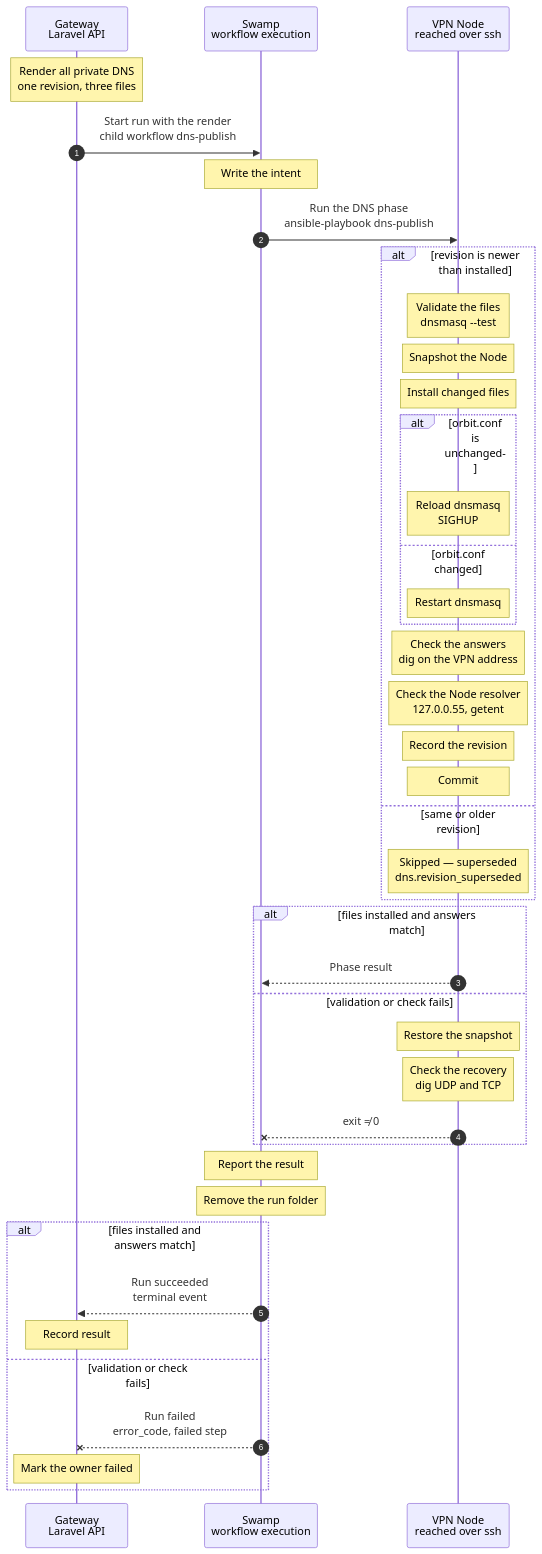
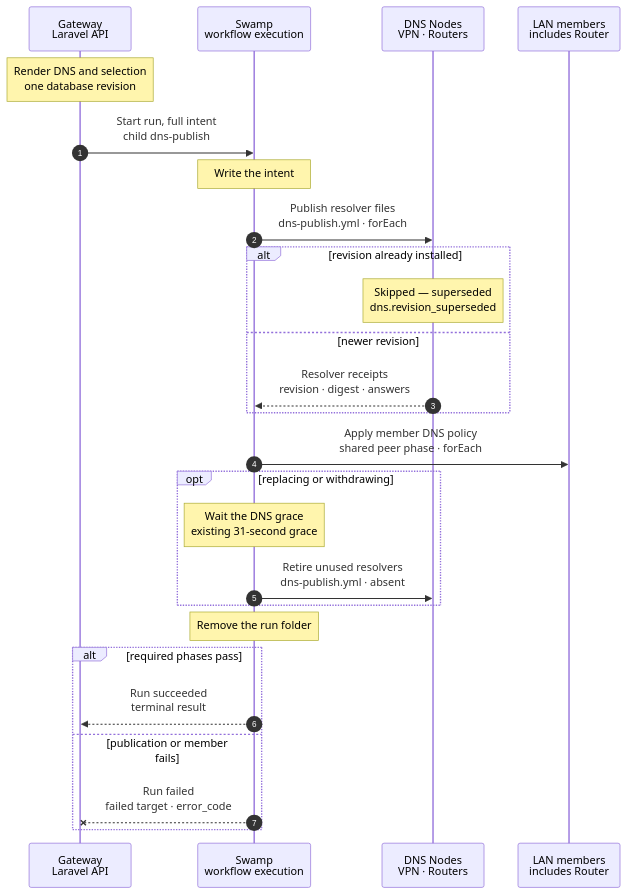
The diagram in docs/cli/dns/publish.mmd (hardimpactdev/orbit), drawn with Mermaid before and after one commit. The commit also changed 13 other files, not shown here.

Commit message:
docs(dns): design Cluster router resolvers before VPN cutover

```diff
--- a/docs/cli/dns/publish.mmd
+++ b/docs/cli/dns/publish.mmd
@@ -1,138 +1,85 @@
 sequenceDiagram
-  %% Target design (ADR 0248, option A chosen 2026-11-07): every publication renders the complete private DNS from the Gateway database, and one Ansible phase writes one dnsmasq configuration on the vpn Node. Shared by Route, Node, Cluster and role kinds.
-  %% status: reviewed
-  %% command: none · shared step of Route, Node, Cluster and role kinds
+  %% Target design: ADR 0248, Cluster router resolver amendment. Shared publication; member scope and outage policy await review.
+  %% Tightened: flow-tighten rules 18, 22, 27, 28: one phase per target, parallel targets, shared peer policy, retain old paths until members confirm.
+  %% status: draft
+  %% command: none · shared DNS publication
   %% kind: dns.publish
   autonumber
   %% lane GW icon=gateway pill=intent tone=blue
   %% lane SW icon=workflow pill=executes tone=green
   %% lane N icon=server pill=target tone=amber
+  %% lane M icon=server pill=target tone=purple
   participant GW as Gateway<br/>Laravel API
   participant SW as Swamp<br/>workflow execution
-  participant N as VPN Node<br/>reached over ssh
-  Note over GW: Render all private DNS<br/>one revision, three files
+  participant N as DNS Nodes<br/>VPN · Routers
+  participant M as LAN members<br/>includes Router
+  Note over GW: Render DNS and selection<br/>one database revision
   %%> What it does:
-  %%> - reads every Route, Node, Cluster and role holder from the database
-  %%> - renders the complete state, never a piece of it
-  %%> - takes the revision in the same transaction that reads the rows
-  %%> Result:
-  %%> - `orbit.conf`, `orbit.hosts` and `orbit.servers` as text, and the revision
-  %%> Why:
-  %%> - each publication is a whole state, so two parallel publications cannot lose each other's change
-  %%> - every caller gets the same answer; ADR 0248 lists the A answers that this changes for beast, sabre, shark and app-prod
-  GW->>SW: Start run with the render<br/>child workflow dns-publish
-  %%> What it does:
-  %%> - the owning kind (Route, Node, Cluster or role change) starts this step in its own run
+  %%> - reads stored desired and pending Route, Cluster, Router and membership rows in the revision transaction
+  %%> - builds the complete VPN answer set, one LAN overlay per active Cluster Router, and each member's split policy from the same address-selection rule
+  %%> - includes explicit retirement targets from unfinished transitions; a missing row alone never authorizes deletion
+  GW->>SW: Start run, full intent<br/>child dns-publish
   %%> Inputs:
-  %%> - the render (TLDs, records, listen address) and the revision
-  %%> - the address and SSH host keys of the VPN Node
+  %%> - revision, target renders, member policies, expected answers and pinned SSH connections; no step fetches intent from the Gateway
+  %%> - the owning command retains its lifecycle lock and receives this child's terminal result
   Note over SW: Write the intent
   %%> What it does:
-  %%> - writes the render and the connection of the Node to a 0600 file in the run folder, and ships the playbook
-  SW->>N: Run the DNS phase<br/>ansible-playbook dns-publish
+  %%> - writes private run files and ships the existing Ansible assets once
+  SW->>N: Publish resolver files<br/>dns-publish.yml · forEach
   %%> How:
-  %%> - one Ansible phase reads, changes and checks the Node in one run
-  %%> - a Swamp worker reaches the Node over SSH
-  %%> - the phase holds the Node's dnsmasq lock from the first read to the end of any recovery
-  %%> - the lock holder outlives the step timeout plus the cutover, so a killed phase never lets a second one in early; a dead holder expires, it does not release
-  %%> - a cutover script that an earlier phase left running is waited for before the Node is read
-  alt revision is newer than installed
-    %% path: newer-revision
-    Note over N: Validate the files<br/>dnsmasq --test
-    %%> What it does:
-    %%> - checks the new files in a temporary folder before anything is replaced
-    %%> On failure:
-    %%> - nothing is installed and the phase fails with `dns.config_invalid`
-    Note over N: Snapshot the Node
-    %%> What it does:
-    %%> - before the first change, saves the files, the unit states and who holds the listen addresses under `snapshot/`
-    %%> - a snapshot that exists is reused, never overwritten, until a publication commits
-    %%> - writes `reload.pending`: a reload is owed until the commit
-    Note over N: Install changed files
-    %%> What it does:
-    %%> - replaces only the files whose content changed, each in one rename
-    alt orbit.conf is unchanged
-      %% path: reload
-      Note over N: Reload dnsmasq<br/>SIGHUP
-      %%> Why:
-      %%> - dnsmasq reads the hosts and servers files again on SIGHUP, so an exact Route change drops no query
-      %%> - unchanged means equal to the copy dnsmasq last started with
-    else orbit.conf changed
-      %% path: restart
-      Note over N: Restart dnsmasq
-      %%> When:
-      %%> - a TLD is added, changed or removed; dnsmasq reads `orbit.conf` only at start
-      %%> - also when an earlier restart failed, or dnsmasq is down: the copy it started with is deleted before and written after
-      %%> - the old listener stops and dnsmasq restarts in one script, detached on the Node, so the address is without an owner for one restart only
-      %%> - the script checks that dnsmasq holds every listen address; if not it restores the snapshot itself, so a dead controller cannot leave both listeners down
-    end
-    Note over N: Check the answers<br/>dig on the VPN address
-    %%> What it does:
-    %%> - asks the running dnsmasq for the reserved names and one name per TLD
-    %%> - for each exact Route: the A answer, AAAA gives NODATA, and a child name is forwarded
-    %%> - fails the phase when an answer differs from the render
-    Note over N: Check the Node resolver<br/>127.0.0.55, getent
-    %%> What it does:
-    %%> - asks the Node's own address 127.0.0.55, where its systemd-resolved sends every name
-    %%> - asks the Node's normal resolver for a private name and the AAAA of an exact name (NODATA); a public name only warns
-    Note over N: Record the revision
-    %%> What it does:
-    %%> - writes `orbit.revision` last, so a failed run leaves the old revision and a rerun repairs it
-    Note over N: Commit
-    %%> What it does:
-    %%> - the new files become the last good set and the files of the old listener go to `previous/legacy/`
-    %%> - removes `reload.pending`, then the snapshot; a commit that was interrupted is finished by the next publication
-  else same or older revision
+  %%> - independent VPN and Router targets run in parallel; each target takes its DNS lock and validates, snapshots, installs and checks in one phase
+  %%> - the Router's isolated unit binds its LAN address only and forwards unmatched names directly to VPN DNS; VPN DNS never forwards back
+  %%> - reuse the templates, revision check, reload-on-change and local recovery; only unit, paths, bind set and upstream policy differ
+  %%> Result:
+  %%> - answers checked over UDP and TCP; A, AAAA NODATA, exact-name descendants and nested TLD exceptions match the target render
+  alt revision already installed
     %% path: superseded
     Note over N: Skipped — superseded<br/>dns.revision_superseded
     %%> Result:
-    %%> - a newer publication already wrote a state that includes this change
-    %%> - the files stay as they are and the phase still succeeds
+    %%> - no write or reload; receipt names the actual revision and projection digest
+    %%> - only matching effective projections authorize dependent member selection or retirement; an obsolete run cannot remove a newer resolver
+  else newer revision
+    %% path: newer-revision
+    N-->>SW: Resolver receipts<br/>revision · digest · answers
+    %%> Result:
+    %%> - records the revision last, after checks; record-only changes use SIGHUP and unchanged content leaves the PID alone
+    %%> - a changed startup configuration restarts only that resolver; the snapshot remains until the phase commits
   end
-  alt files installed and answers match
+  SW->>M: Apply member DNS policy<br/>shared peer phase · forEach
+  %%> When:
+  %%> - only changed member policies, after their required resolver projections pass; the lifecycle caller waits for every affected member
+  %%> What it does:
+  %%> - persists and applies one complete selection on both private scopes; never leaves an equal Cluster suffix on LAN and WireGuard
+  %%> - checks uncached Cluster A and AAAA, another private name, public resolution and the actual selected scope in the same phase
+  %%> Open:
+  %%> - a LAN link that also supplies public DNS cannot isolate its servers per domain; the ADR asks for the scope decision before implementation
+  opt replacing or withdrawing
+    %% path: retire
+    Note over SW: Wait the DNS grace<br/>existing 31-second grace
+    %%> Why:
+    %%> - every affected member has confirmed its new policy before cached answers to the old address can expire
+    %%> - if any member fails or is offline, no retirement runs and the old resolver, sites and LAN rules remain
+    SW->>N: Retire unused resolvers<br/>dns-publish.yml · absent
+    %%> What it does:
+    %%> - removes only the explicitly retired unit and files; never touches stock dnsmasq, Incus or another Cluster
+    %%> - the owning command can then retire the old Router sites and prune its LAN rules
+  end
+  Note over SW: Remove the run folder
+  %%> How:
+  %%> - native completed dependencies remove disposable intent and assets after work stops, including on failure
+  %%> - public receipts come from the phases; no separate reporting or assertion script
+  alt required phases pass
     %% path: succeeded
-    N-->>SW: Phase result
-    %%> Returns:
-    %%> - the installed revision and whether dnsmasq reloaded, restarted or stayed
-  else validation or check fails
+    SW-->>GW: Run succeeded<br/>terminal result
+    %%> Result:
+    %%> - the shared reader projects each applied revision and digest; the owner may finish its transition
+  else publication or member fails
     %% path: failed
-    Note over N: Restore the snapshot
-    %%> What it does:
-    %%> - runs only when the Node was changed; puts every saved file and unit state back, from the first snapshot of the unfinished work
-    %%> - restarts dnsmasq on the restored files and starts the old listener again
-    %%> - one script, `snapshot/restore.sh`, does it; the detached cutover runs it too when dnsmasq does not come up
-    %%> - a `dns.config_invalid` refusal installed nothing, so there is nothing to restore
-    Note over N: Check the recovery<br/>dig UDP and TCP
-    %%> What it does:
-    %%> - asks the restored resolvers on the first listen address (the VPN address) and on 127.0.0.55, over UDP and TCP; further listen addresses were not served by the old setup
-    %%> - the result says `recovered: true`; when a task or an answer fails it says `recovered: false` and `dns.rollback_failed`
-    N--xSW: exit ≠ 0
-    %%> When:
-    %%> - dnsmasq refuses the files (`dns.config_invalid`), SSH fails, or an answer differs from the render (`dns.check_failed`)
+    SW--xGW: Run failed<br/>failed target · error_code
     %%> On the Node:
-    %%> - the phase restores the snapshot; a failed recovery keeps the snapshot, and the next run starts from it
+    %%> - a failed changed phase restores its own captured files and live policy; a failed restore retains its snapshot and reports dns.rollback_failed
+    %%> - successful targets remain applied; the old Router and DNS stay reachable while any member still selects them
+    %%> Retry:
+    %%> - keep the unfinished transition and receipts; resume or render fresh stored state with a newer revision
+    %%> - never replay an older whole-fleet snapshot over later changes; cleanup failure stays visible
   end
-  Note over SW: Report the result
-  %%> What it does:
-  %%> - prints the phase's `result.json` (`{revision, dnsmasq}`, or `{error_code, recovered}`), also after a failed phase
-  %%> - this is the terminal step the Gateway reads
-  Note over SW: Remove the run folder
-  %%> What it does:
-  %%> - deletes the intent and the shipped playbook, whatever happened
-  alt files installed and answers match
-    %% path: recorded
-    SW-->>GW: Run succeeded<br/>terminal event
-    %%> How the Gateway learns it:
-    %%> - its shared run reader sees the terminal event; Swamp never calls the Gateway
-    Note over GW: Record result
-    %%> Result:
-    %%> - the owning kind continues with its next step
-  else validation or check fails
-    %% path: refused
-    SW--xGW: Run failed<br/>error_code, failed step
-    %%> The Gateway reads:
-    %%> - which step failed and the `error_code` that Report the result printed
-    Note over GW: Mark the owner failed
-    %%> Retry:
-    %%> - run the owning command again after fixing the cause
-  end
```
